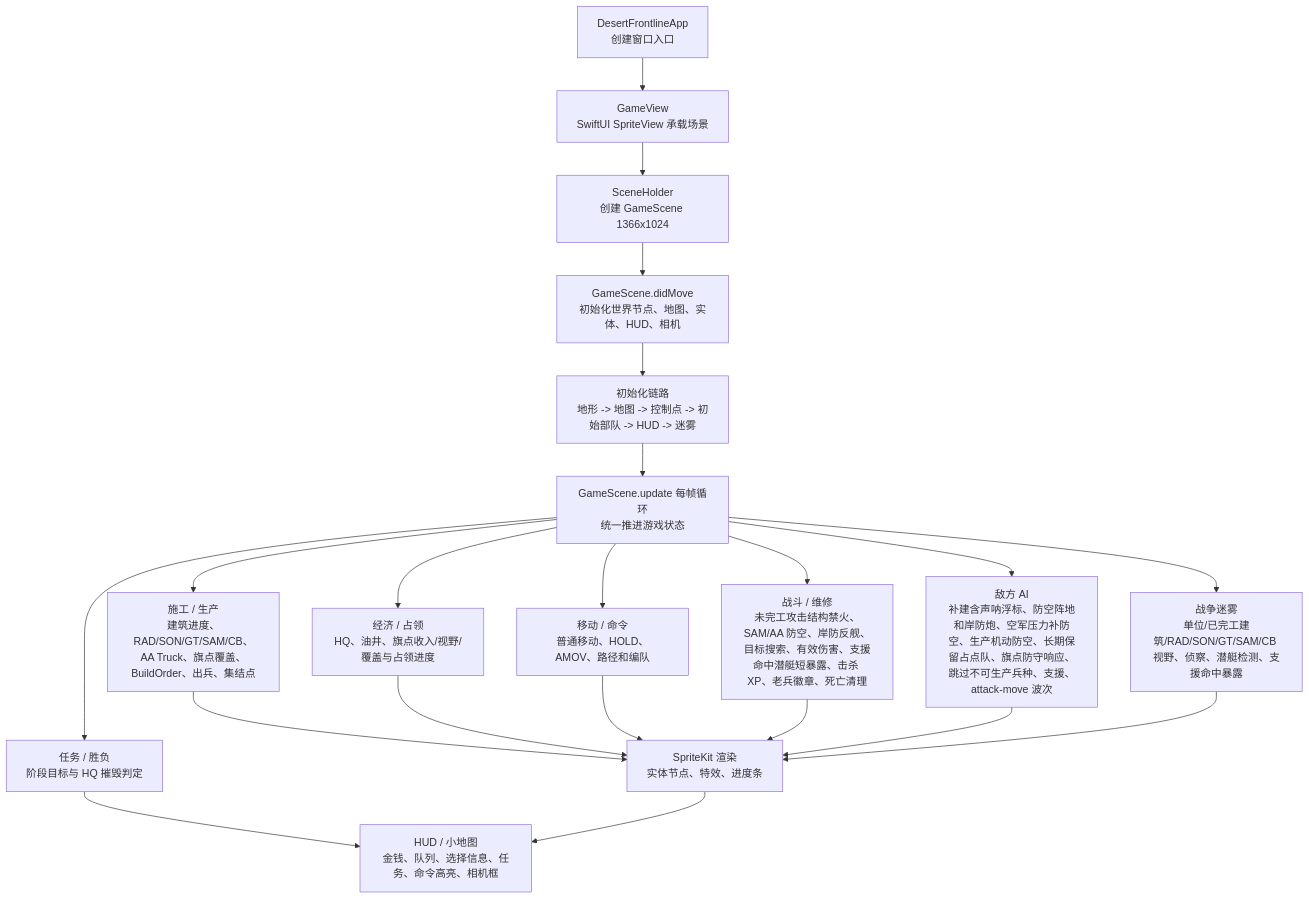
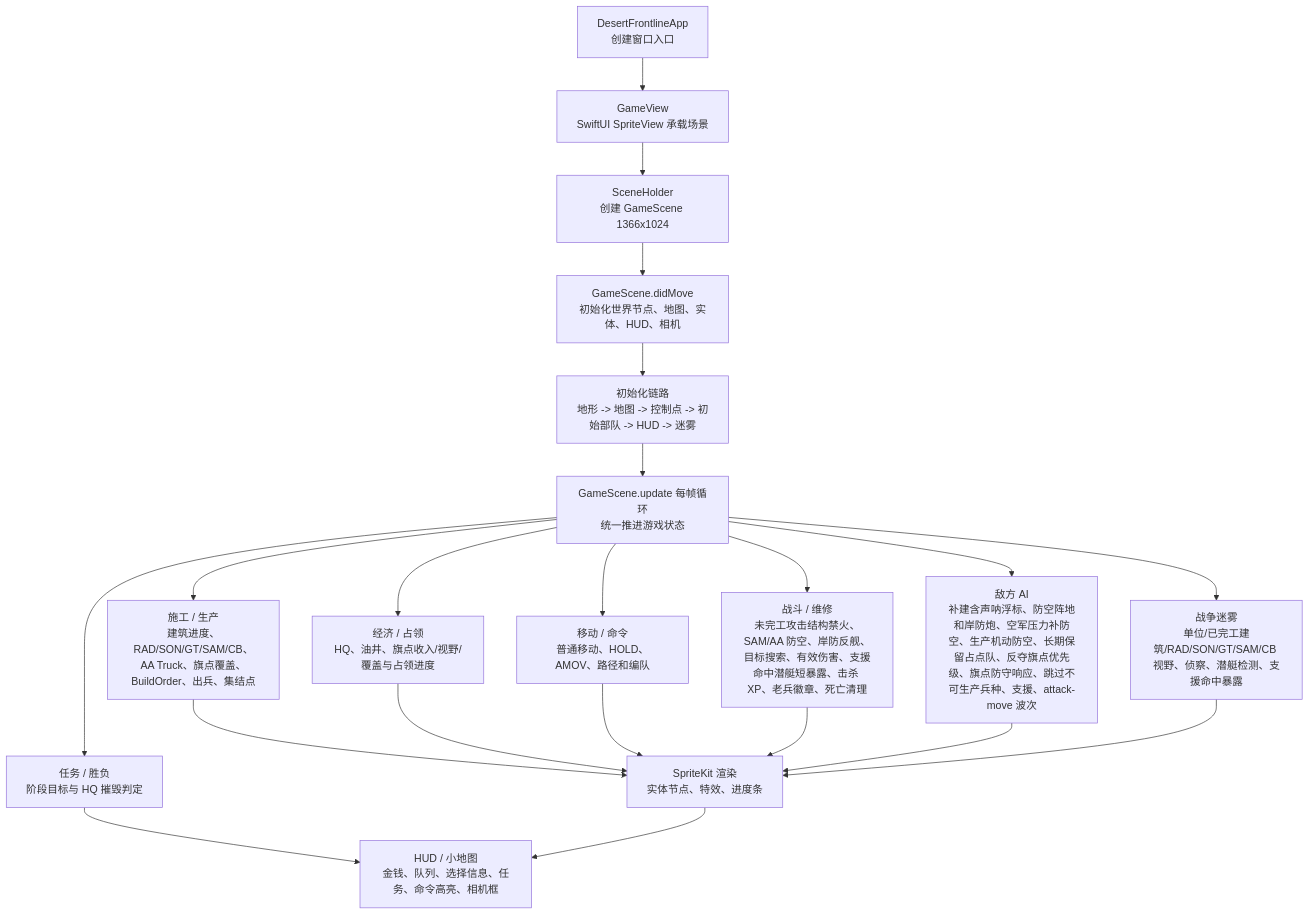
One commit to Altman-sam114/1145 changed the first of 3 diagrams in md/flow/flowchart.md. Above: the diagram before and after it, drawn with Mermaid. The commit also changed 4 other files, not shown here.

````diff
--- a/md/flow/flowchart.md
+++ b/md/flow/flowchart.md
@@ -9,23 +9,23 @@
 ```mermaid
 flowchart TD
   App["DesertFrontlineApp\n创建窗口入口"] --> View["GameView\nSwiftUI SpriteView 承载场景"]
   View --> Holder["SceneHolder\n创建 GameScene 1366x1024"]
   Holder --> Scene["GameScene.didMove\n初始化世界节点、地图、实体、HUD、相机"]
   Scene --> Init["初始化链路\n地形 -> 地图 -> 控制点 -> 初始部队 -> HUD -> 迷雾"]
   Init --> Loop["GameScene.update 每帧循环\n统一推进游戏状态"]
   Loop --> Build["施工 / 生产\n建筑进度、RAD/SON/GT/SAM/CB、AA Truck、旗点覆盖、BuildOrder、出兵、集结点"]
   Loop --> Economy["经济 / 占领\nHQ、油井、旗点收入/视野/覆盖与占领进度"]
   Loop --> Commands["移动 / 命令\n普通移动、HOLD、AMOV、路径和编队"]
   Loop --> Combat["战斗 / 维修\n未完工攻击结构禁火、SAM/AA 防空、岸防反舰、目标搜索、有效伤害、支援命中潜艇短暴露、击杀 XP、老兵徽章、死亡清理"]
-  Loop --> AI["敌方 AI\n补建含声呐浮标、防空阵地和岸防炮、空军压力补防空、生产机动防空、长期保留占点队、旗点防守响应、跳过不可生产兵种、支援、attack-move 波次"]
+  Loop --> AI["敌方 AI\n补建含声呐浮标、防空阵地和岸防炮、空军压力补防空、生产机动防空、长期保留占点队、反夺旗点优先级、旗点防守响应、跳过不可生产兵种、支援、attack-move 波次"]
   Loop --> Fog["战争迷雾\n单位/已完工建筑/RAD/SON/GT/SAM/CB 视野、侦察、潜艇检测、支援命中暴露"]
   Loop --> Mission["任务 / 胜负\n阶段目标与 HQ 摧毁判定"]
   Build --> Render["SpriteKit 渲染\n实体节点、特效、进度条"]
   Economy --> Render
   Commands --> Render
   Combat --> Render
   AI --> Render
   Fog --> Render
   Mission --> HUD["HUD / 小地图\n金钱、队列、选择信息、任务、命令高亮、相机框"]
   Render --> HUD
 ```
````
